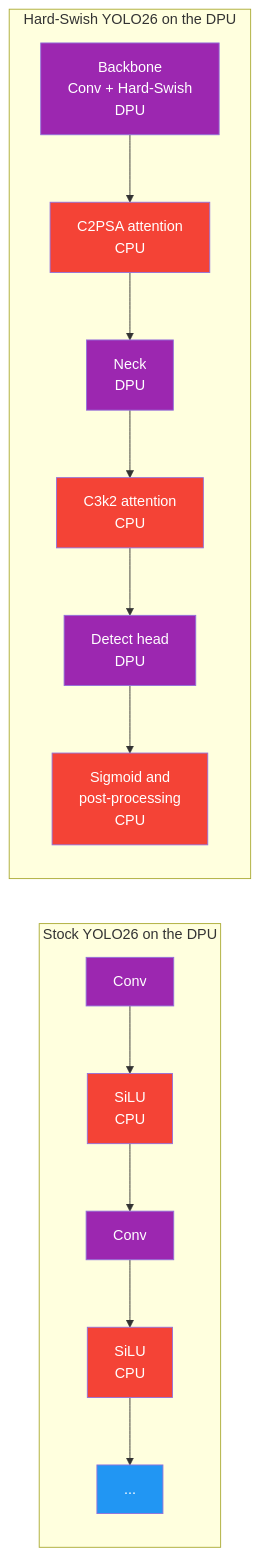
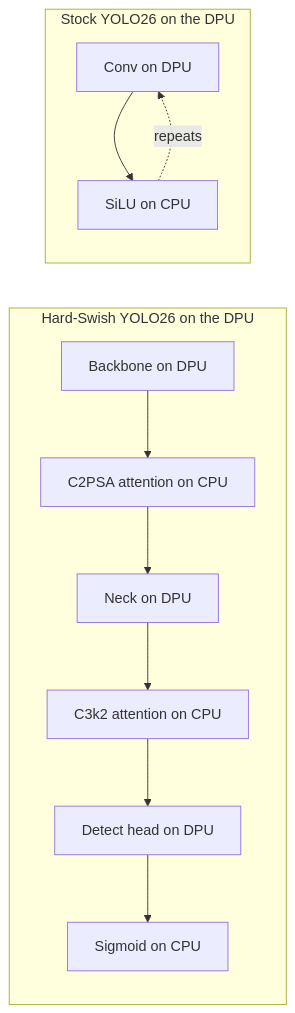
One commit to wenerme/ai changed the fourth of 4 diagrams in skills/ultralytics-docs/references/integrations/xilinx.md. Above: the diagram before and after it, drawn with Mermaid. The commit also changed other lines of this file and 476 other files, not shown here.

````diff
--- a/skills/ultralytics-docs/references/integrations/xilinx.md
+++ b/skills/ultralytics-docs/references/integrations/xilinx.md
@@ -338,13 +322,17 @@
 ```mermaid
-graph LR
-    subgraph S1 [Stock YOLO26 on the DPU]
-        A1[Conv]:::out --> A2[SiLU<br>CPU]:::error --> A3[Conv]:::out --> A4[SiLU<br>CPU]:::error --> A5[...]:::proc
+flowchart TD
+    subgraph stock["Stock YOLO26 on the DPU"]
+        direction TB
+        A1[Conv on DPU] --> A2[SiLU on CPU]:::error
+        A2 -.->|repeats| A1
     end
-    subgraph S2 [Hard-Swish YOLO26 on the DPU]
-        B1[Backbone<br>Conv + Hard-Swish<br>DPU]:::out --> B2[C2PSA attention<br>CPU]:::error --> B3[Neck<br>DPU]:::out --> B4[C3k2 attention<br>CPU]:::error --> B5[Detect head<br>DPU]:::out --> B6[Sigmoid and<br>post-processing<br>CPU]:::error
+    subgraph hswish["Hard-Swish YOLO26 on the DPU"]
+        direction TB
+        B1[Backbone on DPU] --> B2[C2PSA attention on CPU]:::error
+        B2 --> B3[Neck on DPU]
+        B3 --> B4[C3k2 attention on CPU]:::error
+        B4 --> B5[Detect head on DPU]
+        B5 --> B6[Sigmoid on CPU]:::error
     end
-
-    classDef proc fill:#2196F3,color:#fff
-    classDef out fill:#9C27B0,color:#fff
-    classDef error fill:#F44336,color:#fff
+    stock ~~~ hswish
 ```
````
